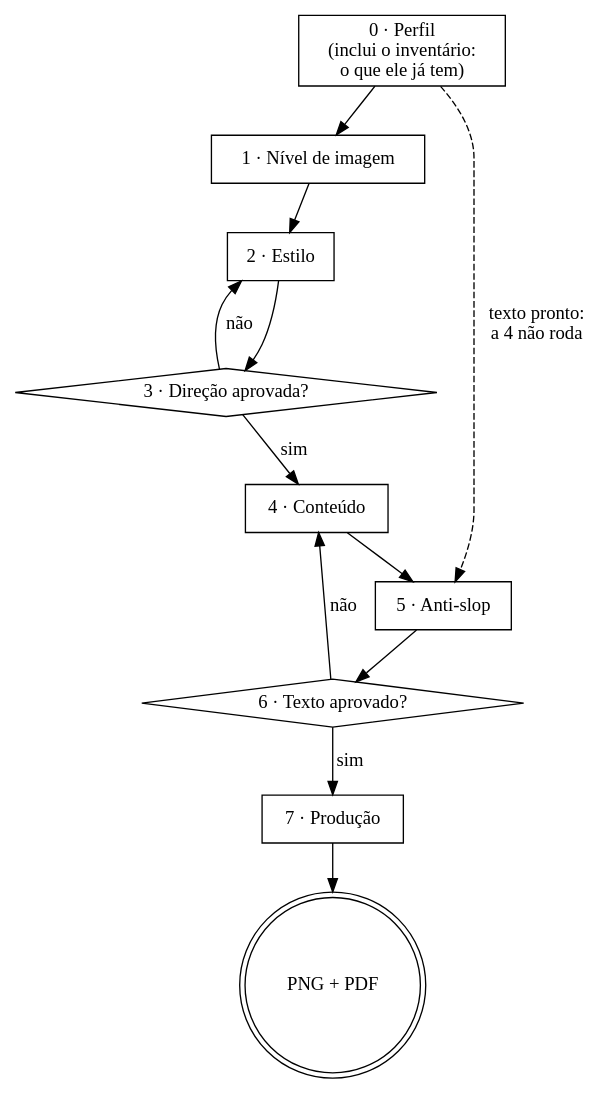
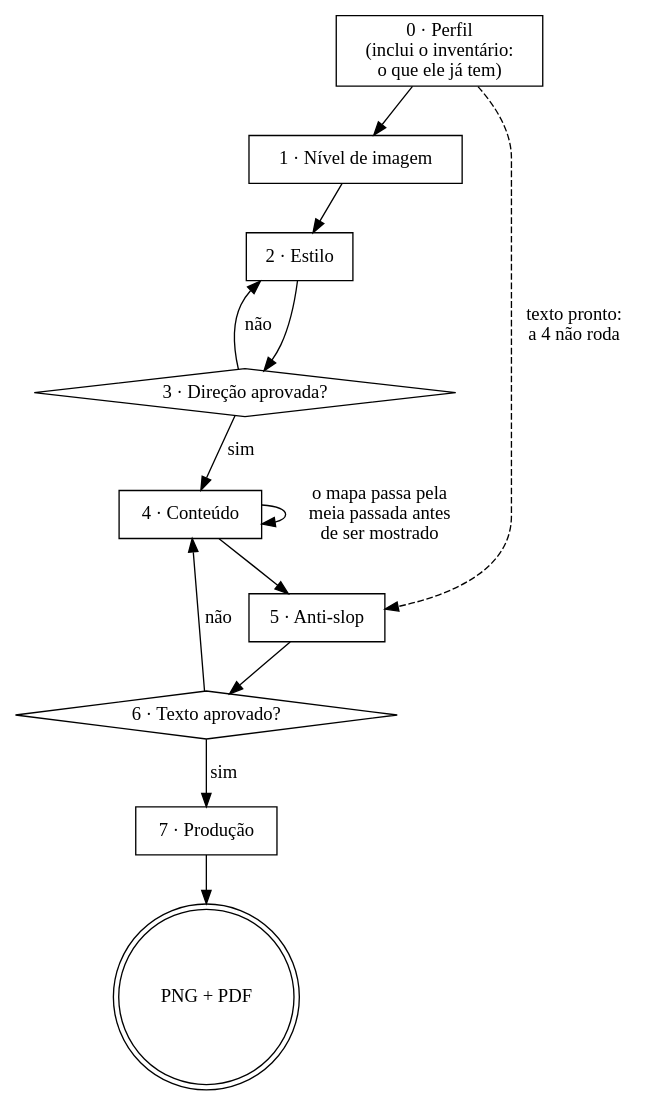
The diagram in SKILL.md (drudif/carroussel-please), drawn with Graphviz before and after one commit. The commit also changed other lines of this file and 2 other files, not shown here.

First line of the commit message:
tratamento da foto vira pergunta da etapa 2, e o anti-slop roda no mapa

````diff
--- a/SKILL.md
+++ b/SKILL.md
@@ -30,23 +30,25 @@
 ```dot
 digraph carrossel {
   "0 · Perfil\n(inclui o inventário:\no que ele já tem)" [shape=box];
   "1 · Nível de imagem" [shape=box];
   "2 · Estilo" [shape=box];
   "3 · Direção aprovada?" [shape=diamond];
   "4 · Conteúdo" [shape=box];
   "5 · Anti-slop" [shape=box];
   "6 · Texto aprovado?" [shape=diamond];
   "7 · Produção" [shape=box];
   "PNG + PDF" [shape=doublecircle];
 
   "0 · Perfil\n(inclui o inventário:\no que ele já tem)" -> "1 · Nível de imagem" -> "2 · Estilo" -> "3 · Direção aprovada?";
   "3 · Direção aprovada?" -> "2 · Estilo" [label="não"];
   "3 · Direção aprovada?" -> "4 · Conteúdo" [label="sim"];
   "4 · Conteúdo" -> "5 · Anti-slop" -> "6 · Texto aprovado?";
+  "4 · Conteúdo" -> "4 · Conteúdo"
+      [label="o mapa passa pela\nmeia passada antes\nde ser mostrado"];
   "0 · Perfil\n(inclui o inventário:\no que ele já tem)" -> "5 · Anti-slop"
       [label="texto pronto:\na 4 não roda", style=dashed];
   "6 · Texto aprovado?" -> "4 · Conteúdo" [label="não"];
   "6 · Texto aprovado?" -> "7 · Produção" [label="sim"];
   "7 · Produção" -> "PNG + PDF";
 }
 ```
````
